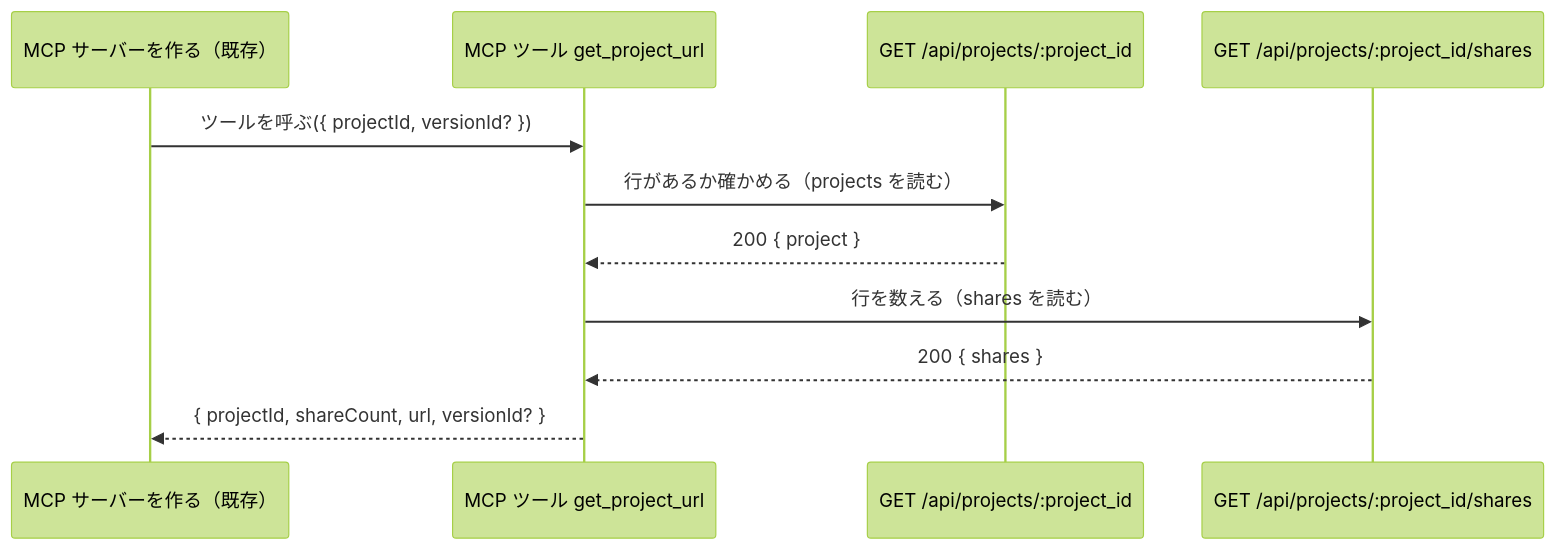
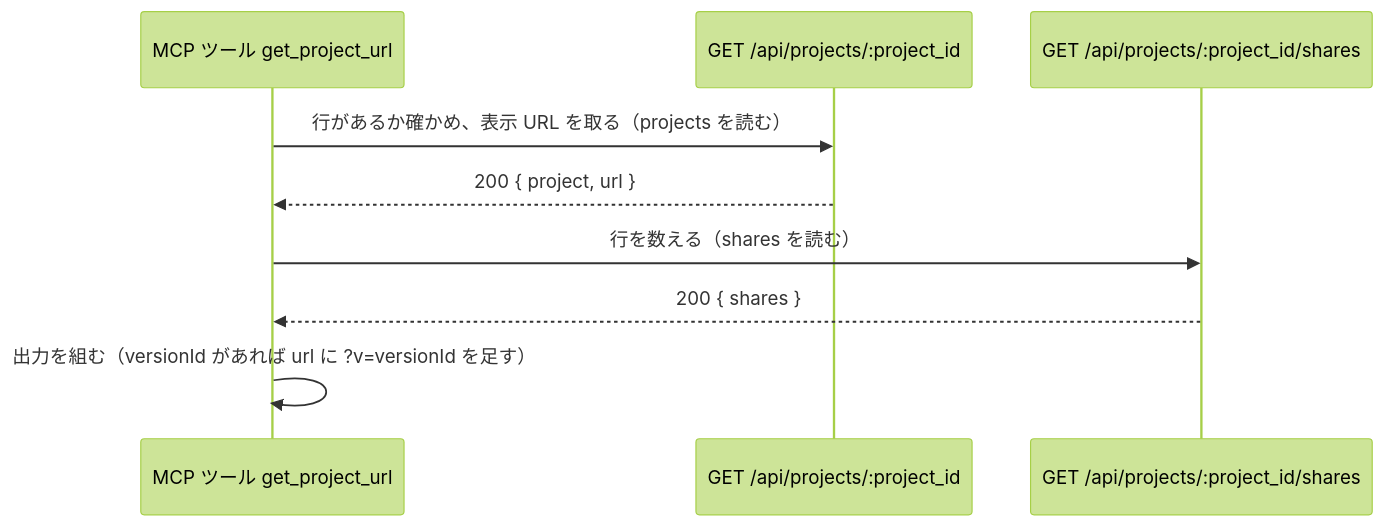
One commit to taiki-kuraishi/karibari changed the tenth of 11 diagrams in docs/superpowers/specs/2026-10-06-owner-viewer-design/README.md. Above: the diagram before and after it, drawn with Mermaid (forest theme). The commit also changed other lines of this file and 17 other files, not shown here.

````diff
--- a/docs/superpowers/specs/2026-10-06-owner-viewer-design/README.md
+++ b/docs/superpowers/specs/2026-10-06-owner-viewer-design/README.md
@@ -201,13 +231,11 @@
 ```mermaid
 sequenceDiagram
-  participant Srv as MCP サーバーを作る（既存）
   participant Tool as MCP ツール get_project_url
   participant Proj as GET /api/projects/:project_id
   participant Shares as GET /api/projects/:project_id/shares
-  Srv->>Tool: ツールを呼ぶ({ projectId, versionId? })
-  Tool->>Proj: 行があるか確かめる（projects を読む）
-  Proj-->>Tool: 200 { project }
+  Tool->>Proj: 行があるか確かめ、表示 URL を取る（projects を読む）
+  Proj-->>Tool: 200 { project, url }
   Tool->>Shares: 行を数える（shares を読む）
   Shares-->>Tool: 200 { shares }
-  Tool-->>Srv: { projectId, shareCount, url, versionId? }
+  Tool->>Tool: 出力を組む（versionId があれば url に ?v=versionId を足す）
 ```
````
